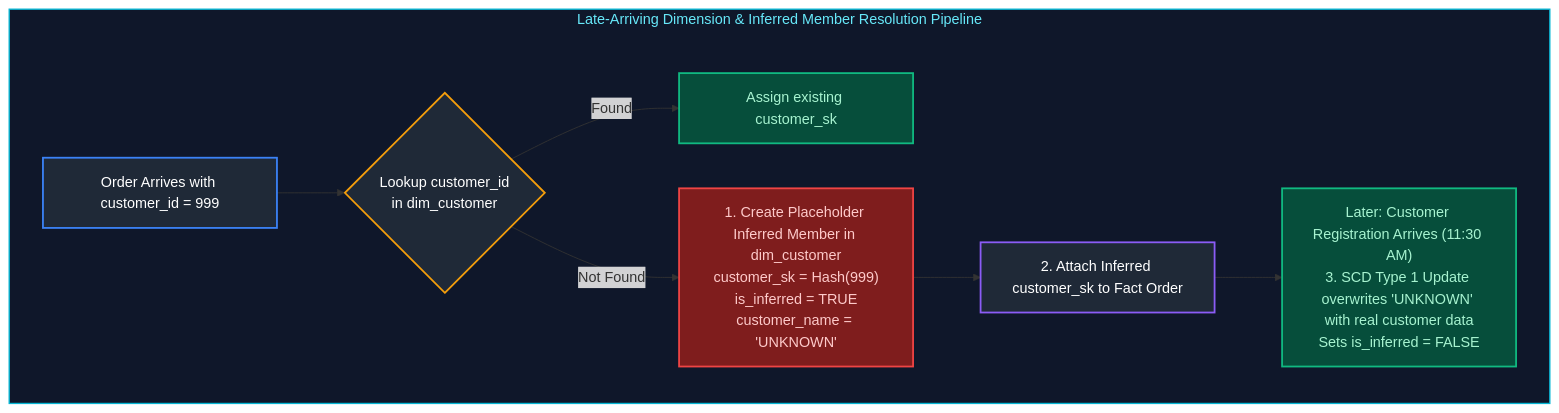
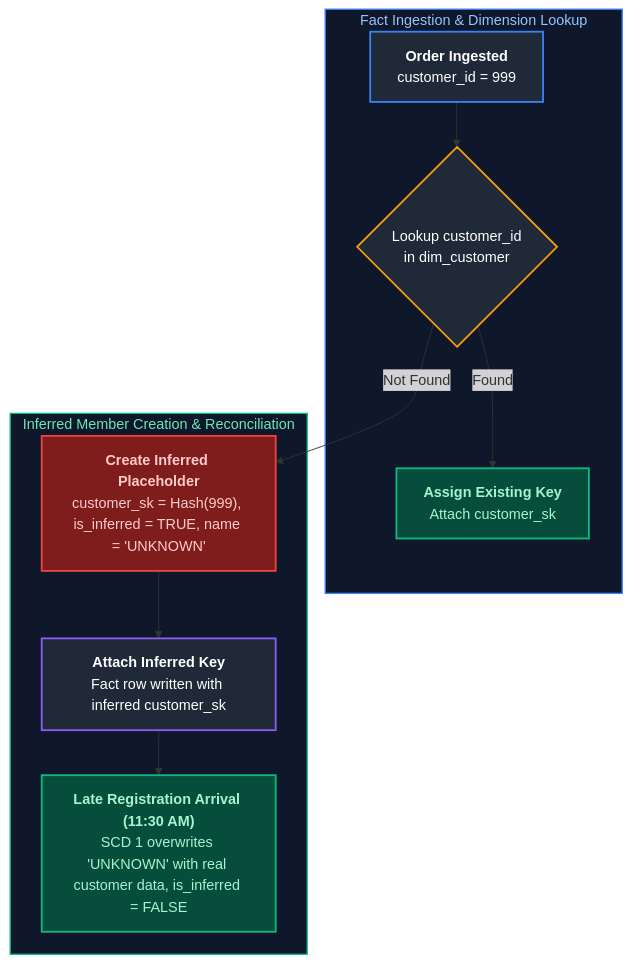
The sixth of 20 diagrams in Data Engineering/frequently_asked_questions/03_data_modeling_and_warehousing_faq.md (joydeep-biswas/Interview-Preparation), drawn with Mermaid before and after one commit. The commit also changed other lines of this file and 178 other files, not shown here.

````diff
--- a/Data Engineering/frequently_asked_questions/03_data_modeling_and_warehousing_faq.md
+++ b/Data Engineering/frequently_asked_questions/03_data_modeling_and_warehousing_faq.md
@@ -670,18 +670,27 @@
 ```mermaid
 flowchart TD
-    subgraph InferredPipeline ["Late-Arriving Dimension & Inferred Member Resolution Pipeline"]
-        A["Order Arrives with customer_id = 999"] --> B{"Lookup customer_id<br/>in dim_customer"}
-        B -->|Found| C["Assign existing customer_sk"]
-        B -->|Not Found| D["1. Create Placeholder Inferred Member in dim_customer<br/>customer_sk = Hash(999)<br/>is_inferred = TRUE<br/>customer_name = 'UNKNOWN'"]
-        D --> E["2. Attach Inferred customer_sk to Fact Order"]
-        E --> F["Later: Customer Registration Arrives (11:30 AM)<br/>3. SCD Type 1 Update overwrites 'UNKNOWN' with real customer data<br/>Sets is_inferred = FALSE"]
+    subgraph FactIngestion ["Fact Ingestion & Dimension Lookup"]
+        A["<b>Order Ingested</b><br/>customer_id = 999"] --> B{"Lookup customer_id<br/>in dim_customer"}
+        C["<b>Assign Existing Key</b><br/>Attach customer_sk"]
+        B -- "Found" --> C
     end
 
-    style InferredPipeline fill:#0f172a,stroke:#06b6d4,stroke-width:1.5px,color:#67e8f9
+    subgraph InferredResolution ["Inferred Member Creation & Reconciliation"]
+        D["<b>Create Inferred Placeholder</b><br/>customer_sk = Hash(999), is_inferred = TRUE, name = 'UNKNOWN'"]
+        E["<b>Attach Inferred Key</b><br/>Fact row written with inferred customer_sk"]
+        F["<b>Late Registration Arrival (11:30 AM)</b><br/>SCD 1 overwrites 'UNKNOWN' with real customer data, is_inferred = FALSE"]
+
+        B -- "Not Found" --> D
+        D --> E
+        E --> F
+    end
+
+    style FactIngestion fill:#0f172a,stroke:#3b82f6,stroke-width:1.5px,color:#93c5fd
+    style InferredResolution fill:#0f172a,stroke:#10b981,stroke-width:1.5px,color:#6ee7b7
     style A fill:#1f2937,stroke:#3b82f6,stroke-width:2px,color:#fff
     style B fill:#1f2937,stroke:#f59e0b,stroke-width:2px,color:#fff
     style C fill:#064e3b,stroke:#10b981,stroke-width:2px,color:#a7f3d0
     style D fill:#7f1d1d,stroke:#ef4444,stroke-width:2px,color:#fecaca
     style E fill:#1f2937,stroke:#8b5cf6,stroke-width:2px,color:#fff
     style F fill:#064e3b,stroke:#10b981,stroke-width:2px,color:#a7f3d0
 ```
````
